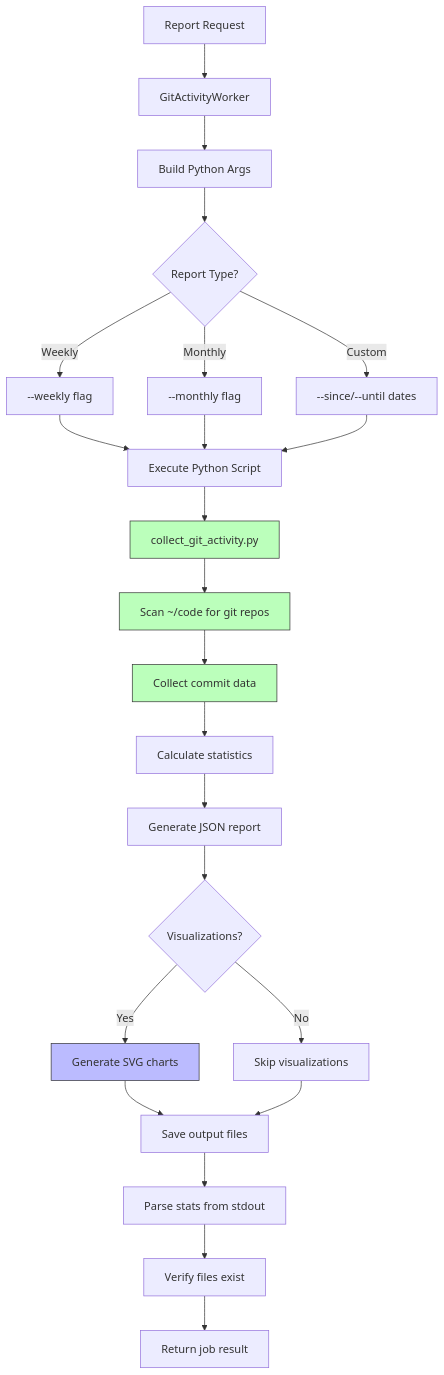
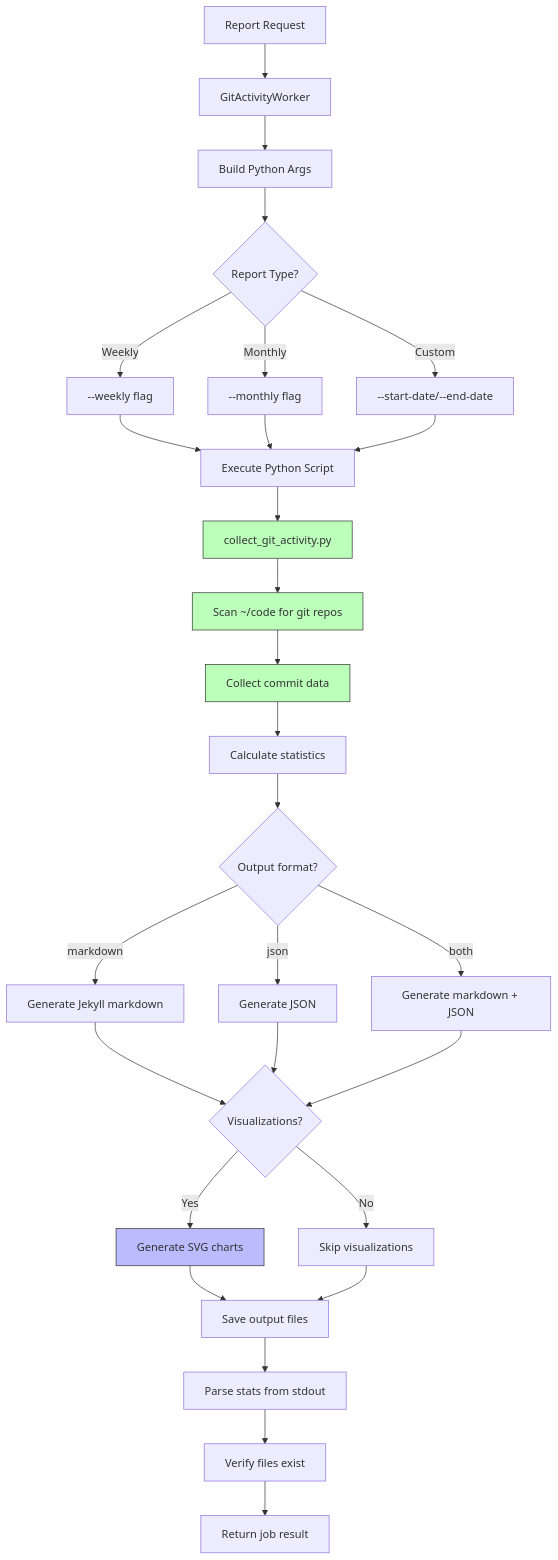
The sixth of 15 diagrams in docs/architecture/pipeline-data-flow.md (integritystudio/AlephAuto), drawn with Mermaid before and after one commit. The commit also changed other lines of this file, not shown here.

Commit message:
docs(architecture): update git-activity pipeline data flow

````diff
--- a/docs/architecture/pipeline-data-flow.md
+++ b/docs/architecture/pipeline-data-flow.md
@@ -488,30 +488,35 @@
 ```mermaid
 graph TB
     A[Report Request] --> B[GitActivityWorker]
     B --> C[Build Python Args]
     C --> D{Report Type?}
     D -->|Weekly| E[--weekly flag]
     D -->|Monthly| F[--monthly flag]
-    D -->|Custom| G[--since/--until dates]
+    D -->|Custom| G[--start-date/--end-date]
     E --> H[Execute Python Script]
     F --> H
     G --> H
     H --> I[collect_git_activity.py]
     I --> J[Scan ~/code for git repos]
     J --> K[Collect commit data]
     K --> L[Calculate statistics]
-    L --> M[Generate JSON report]
-    M --> N{Visualizations?}
-    N -->|Yes| O[Generate SVG charts]
-    N -->|No| P[Skip visualizations]
-    O --> Q[Save output files]
+    L --> M{Output format?}
+    M -->|markdown| N[Generate Jekyll markdown]
+    M -->|json| O[Generate JSON]
+    M -->|both| P[Generate markdown + JSON]
+    N --> Q{Visualizations?}
+    O --> Q
     P --> Q
-    Q --> R[Parse stats from stdout]
-    R --> S[Verify files exist]
-    S --> T[Return job result]
+    Q -->|Yes| R[Generate SVG charts]
+    Q -->|No| S[Skip visualizations]
+    R --> T[Save output files]
+    S --> T
+    T --> U[Parse stats from stdout]
+    U --> V[Verify files exist]
+    V --> W[Return job result]
 
     style I fill:#bfb,stroke:#333
     style J fill:#bfb,stroke:#333
     style K fill:#bfb,stroke:#333
-    style O fill:#bbf,stroke:#333
+    style R fill:#bbf,stroke:#333
 ```
````
